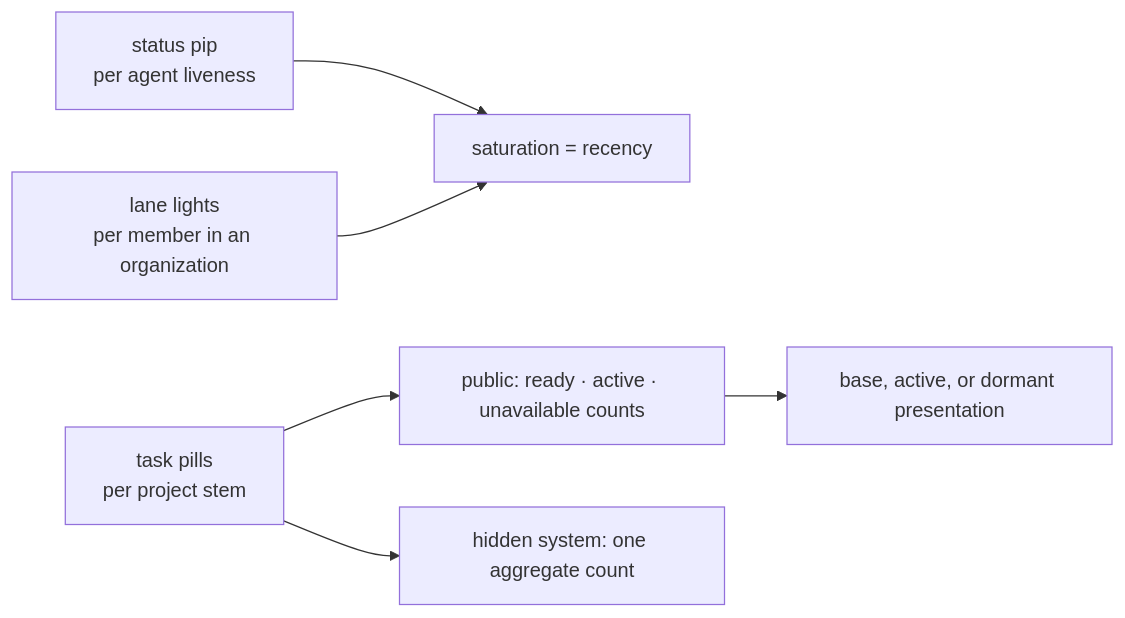
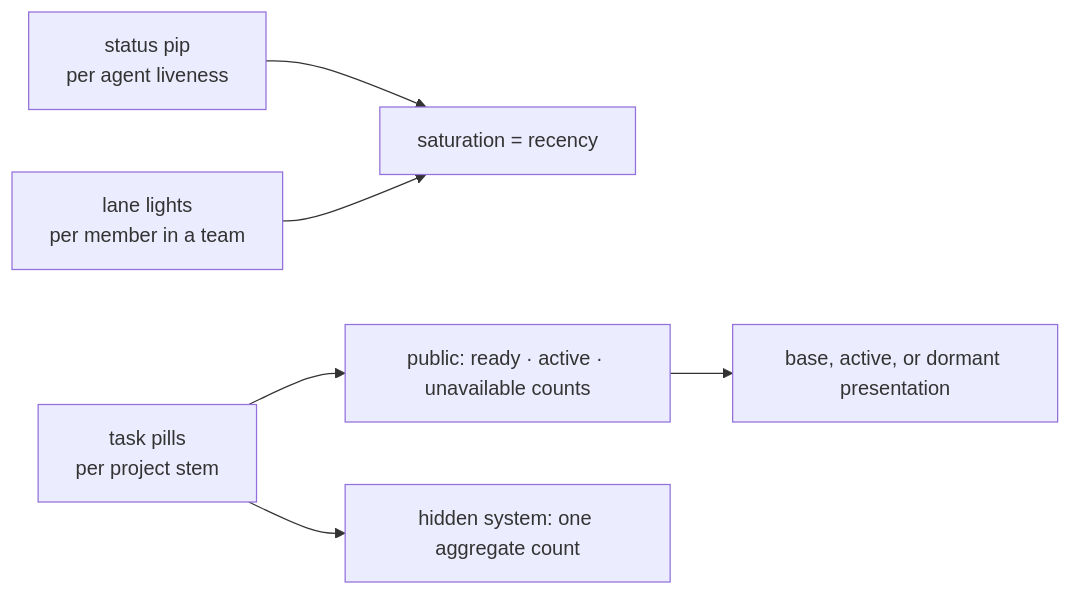
One commit to infimalabs/spice-rust changed diagram 22 of 25 in docs/product/value.md. Above: the diagram before and after it, drawn with Mermaid. The commit also changed other lines of this file and 235 other files, not shown here.

````diff
--- a/docs/product/value.md
+++ b/docs/product/value.md
@@ -561,8 +561,8 @@
 ```mermaid
 flowchart LR
   P["status pip<br/>per agent liveness"] --> L["saturation = recency"]
-  G["lane lights<br/>per member in an organization"] --> L
+  G["lane lights<br/>per member in a team"] --> L
   F["task pills<br/>per project stem"] --> V["public: ready · active · unavailable counts"]
   F --> H["hidden system: one aggregate count"]
   V --> T["base, active, or dormant presentation"]
 ```
````
